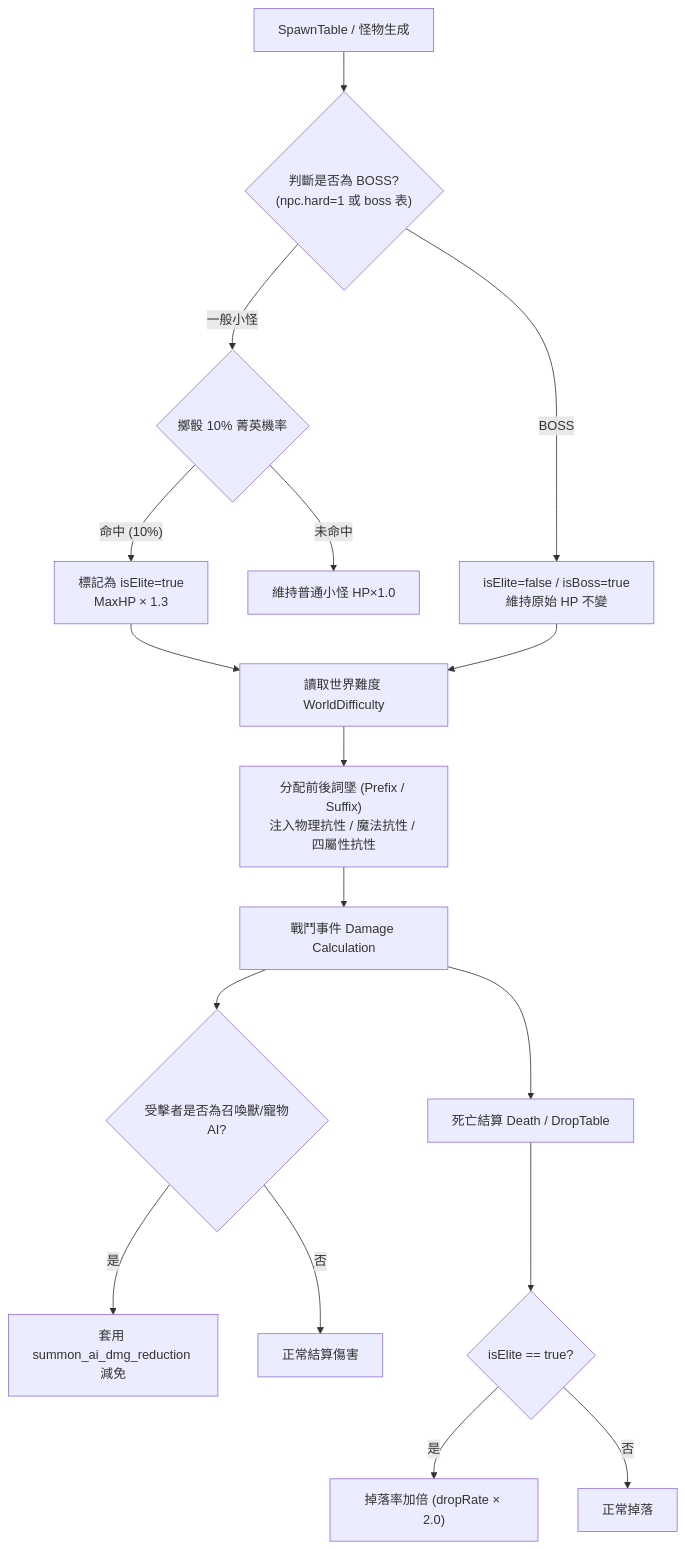
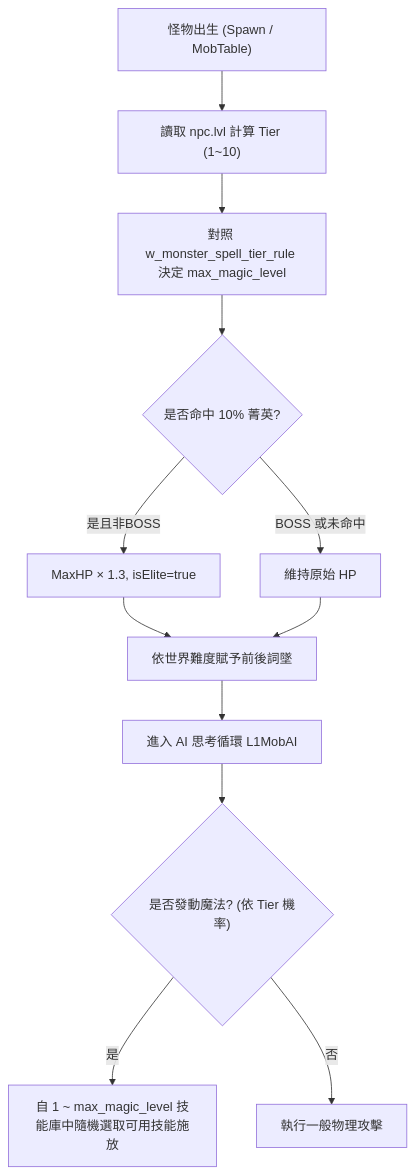
The diagram in migration/381-to-850/packages/D系列怪物菁英化系統/項目說明.md (8xbwvwd8c9-code-taka/L1JTW8.5), drawn with Mermaid before and after one commit. The commit also changed other lines of this file and 3 other files, not shown here.

First line of the commit message:
docs(monster-elite): add 10-tier spell progression for monsters [HOLD]

````diff
--- a/migration/381-to-850/packages/D系列怪物菁英化系統/項目說明.md
+++ b/migration/381-to-850/packages/D系列怪物菁英化系統/項目說明.md
@@ -88,22 +88,16 @@
 ```mermaid
 flowchart TD
-    A["SpawnTable / 怪物生成"] --> B{"判斷是否為 BOSS?<br>(npc.hard=1 或 boss 表)"}
-    B -- "一般小怪" --> C{"擲骰 10% 菁英機率"}
-    C -- "命中 (10%)" --> D["標記為 isElite=true<br>MaxHP × 1.3"]
-    C -- "未命中" --> E["維持普通小怪 HP×1.0"]
-    B -- "BOSS" --> F["isElite=false / isBoss=true<br>維持原始 HP 不變"]
+    A["怪物出生 (Spawn / MobTable)"] --> B["讀取 npc.lvl 計算 Tier (1~10)"]
+    B --> C["對照 w_monster_spell_tier_rule 決定 max_magic_level"]
+    C --> D{"是否命中 10% 菁英?"}
+    D -- "是且非BOSS" --> E["MaxHP × 1.3, isElite=true"]
+    D -- "BOSS 或未命中" --> F["維持原始 HP"]
     
-    D --> G["讀取世界難度 WorldDifficulty"]
+    E --> G["依世界難度賦予前後詞墜"]
     F --> G
-    G --> H["分配前後詞墜 (Prefix / Suffix)<br>注入物理抗性 / 魔法抗性 / 四屬性抗性"]
     
-    H --> I["戰鬥事件 Damage Calculation"]
-    I --> J{"受擊者是否為召喚獸/寵物AI?"}
-    J -- "是" --> K["套用 summon_ai_dmg_reduction 減免"]
-    J -- "否" --> L["正常結算傷害"]
-    
-    I --> M["死亡結算 Death / DropTable"]
-    M --> N{"isElite == true?"}
-    N -- "是" --> O["掉落率加倍 (dropRate × 2.0)"]
-    N -- "否" --> P["正常掉落"]
+    G --> H["進入 AI 思考循環 L1MobAI"]
+    H --> I{"是否發動魔法? (依 Tier 機率)"}
+    I -- "是" --> J["自 1 ~ max_magic_level 技能庫中隨機選取可用技能施放"]
+    I -- "否" --> K["執行一般物理攻擊"]
 ```
````
